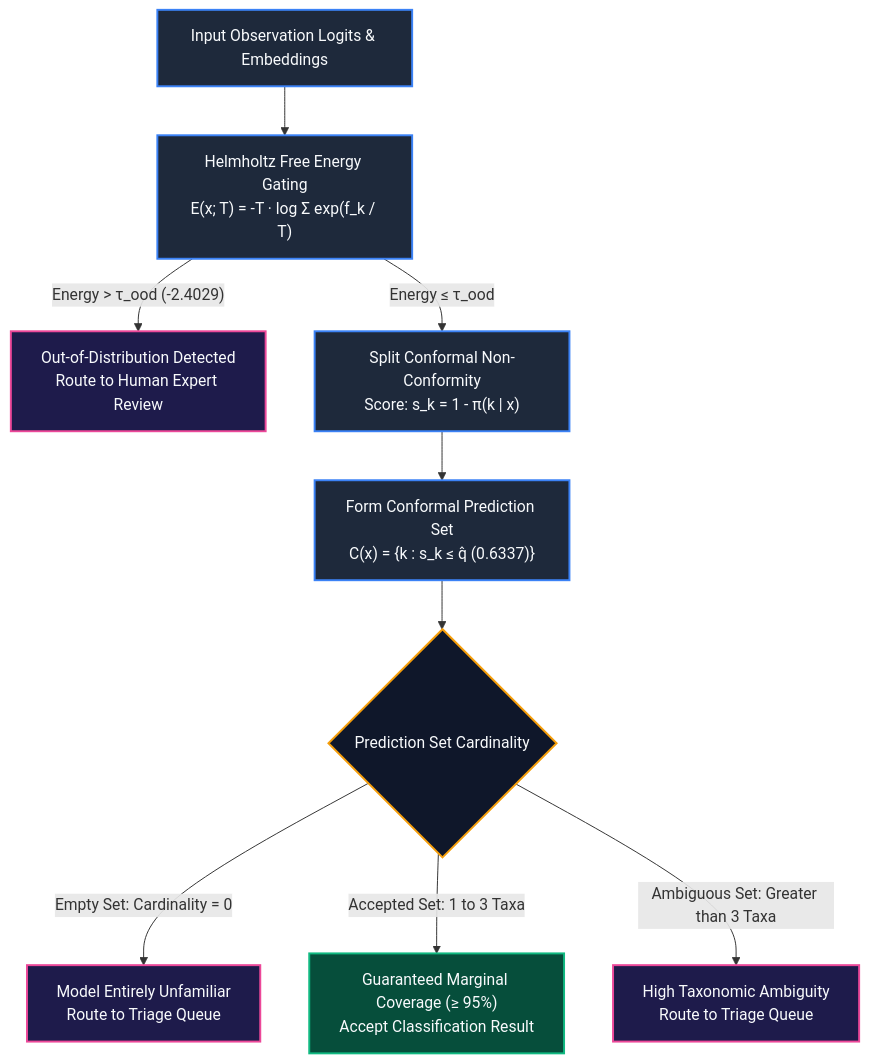
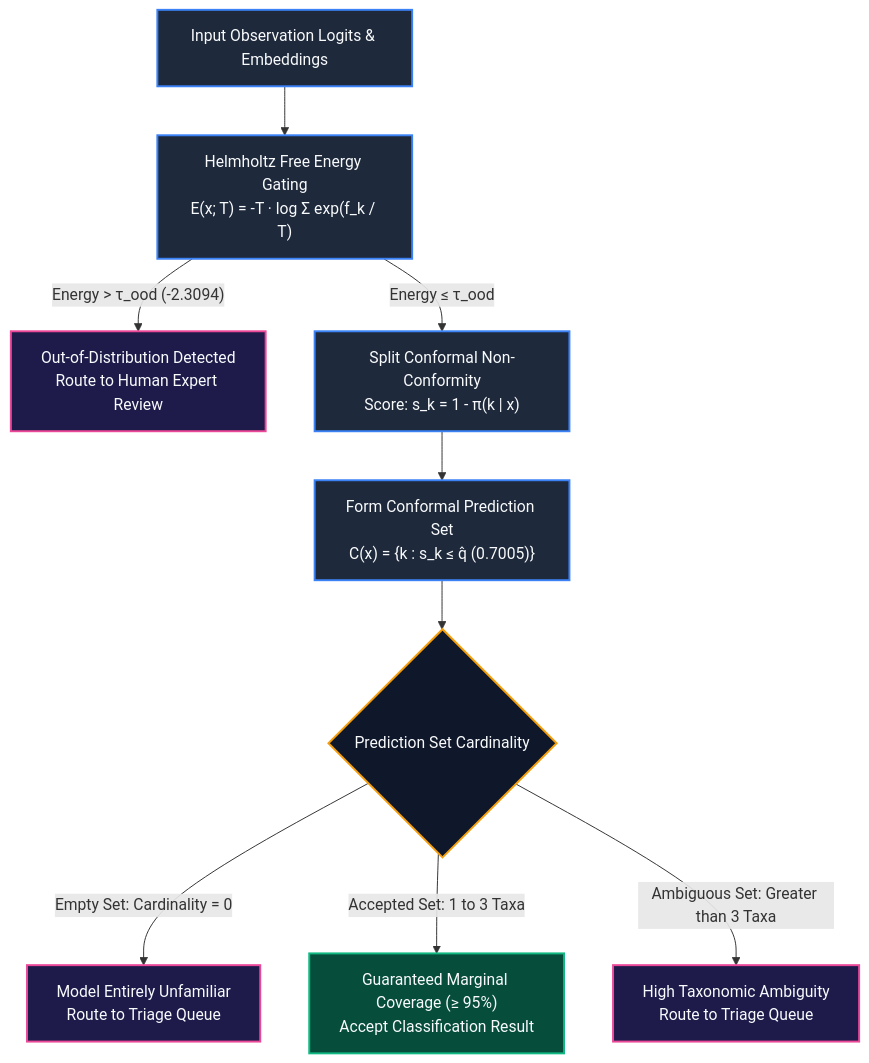
The second of 4 diagrams in README.md (foersben/taxon-vision-mlops), drawn with Mermaid before and after one commit. The commit also changed other lines of this file, not shown here.

````diff
--- a/README.md
+++ b/README.md
@@ -88,22 +88,22 @@
 ```mermaid
 flowchart TD
     Logits["Input Observation Logits & Embeddings"] --> EnergyCalc["Helmholtz Free Energy Gating<br/>E(x; T) = -T · log Σ exp(f_k / T)"]
-    EnergyCalc -->|"Energy > τ_ood (-2.4029)"| OODRoute["Out-of-Distribution Detected<br/>Route to Human Expert Review"]
+    EnergyCalc -->|"Energy > τ_ood (-2.3094)"| OODRoute["Out-of-Distribution Detected<br/>Route to Human Expert Review"]
 
     EnergyCalc -->|"Energy ≤ τ_ood"| ConformalCalc["Split Conformal Non-Conformity<br/>Score: s_k = 1 - π(k | x)"]
-    ConformalCalc --> SetGen["Form Conformal Prediction Set<br/>C(x) = {k : s_k ≤ q̂ (0.6337)}"]
+    ConformalCalc --> SetGen["Form Conformal Prediction Set<br/>C(x) = {k : s_k ≤ q̂ (0.7005)}"]
 
     SetGen --> CheckEmpty{"Prediction Set Cardinality"}
     CheckEmpty -->|"Empty Set: Cardinality = 0"| TriageEmpty["Model Entirely Unfamiliar<br/>Route to Triage Queue"]
     CheckEmpty -->|"Accepted Set: 1 to 3 Taxa"| AutoAccept["Guaranteed Marginal Coverage (≥ 95%)<br/>Accept Classification Result"]
     CheckEmpty -->|"Ambiguous Set: Greater than 3 Taxa"| TriageAmbiguous["High Taxonomic Ambiguity<br/>Route to Triage Queue"]
 
     classDef stage fill:#1e293b,stroke:#3b82f6,stroke-width:2px,color:#f8fafc;
     classDef decision fill:#0f172a,stroke:#f59e0b,stroke-width:2px,color:#f8fafc;
     classDef safety fill:#1e1b4b,stroke:#ec4899,stroke-width:2px,color:#f8fafc;
     classDef pass fill:#064e3b,stroke:#10b981,stroke-width:2px,color:#f8fafc;
     class Logits,EnergyCalc,ConformalCalc,SetGen stage;
     class CheckEmpty decision;
     class OODRoute,TriageEmpty,TriageAmbiguous safety;
     class AutoAccept pass;
 ```
````
